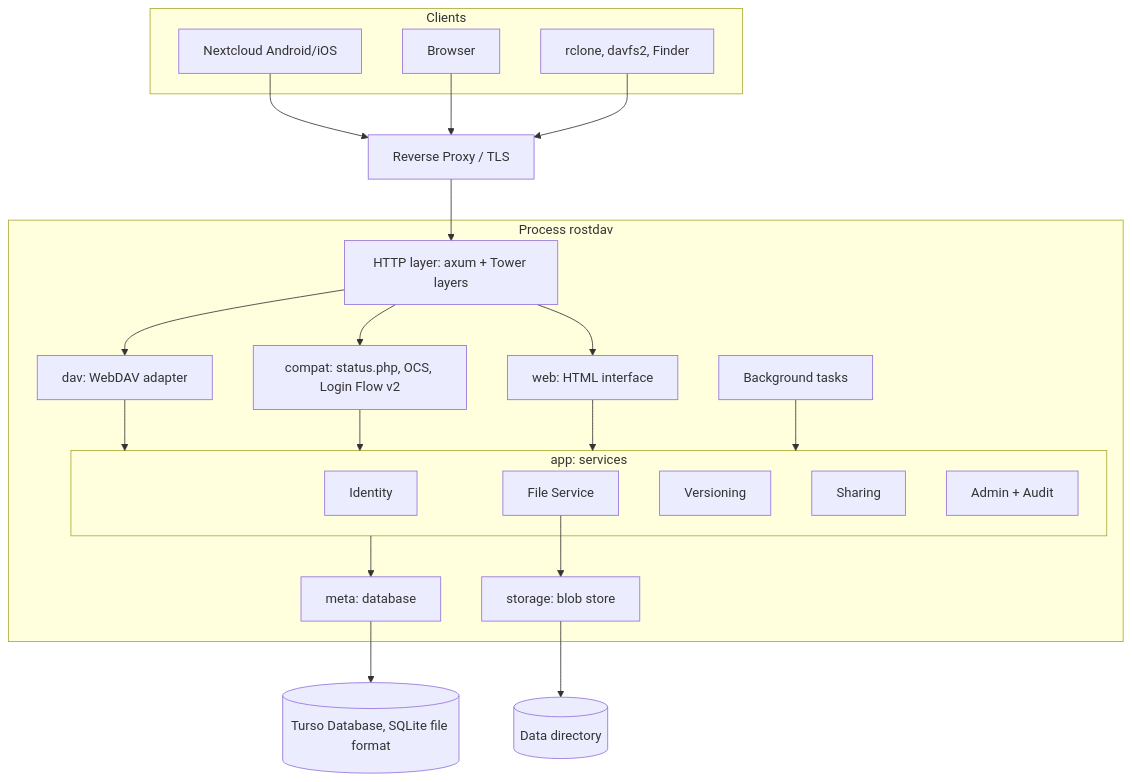
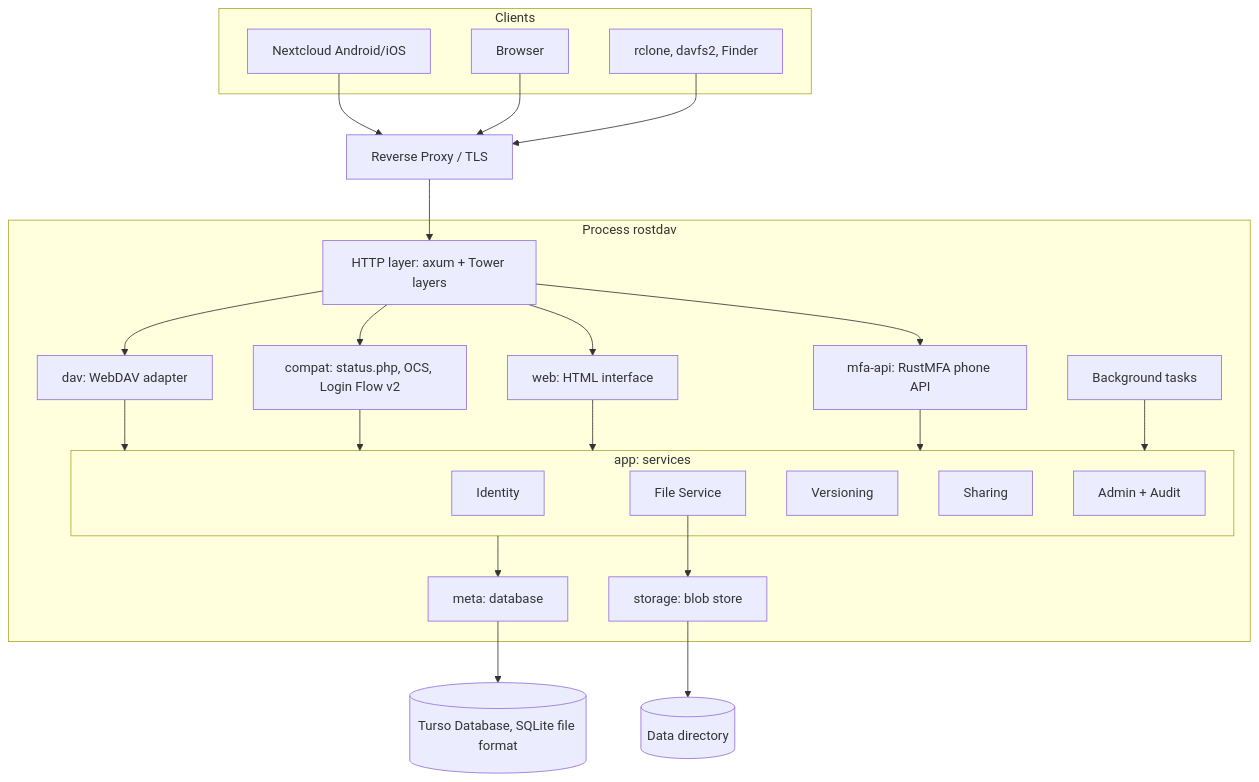
The diagram in docs/architecture.md (pierrejochem/rostdav), drawn with Mermaid before and after one commit. The commit also changed other lines of this file and 18 other files, not shown here.

First line of the commit message:
feat(mfa): device HTTP API

````diff
--- a/docs/architecture.md
+++ b/docs/architecture.md
@@ -9,31 +9,32 @@
 ```mermaid
 flowchart TB
   subgraph Clients
     A[Nextcloud Android/iOS]
     B[Browser]
     C[rclone, davfs2, Finder]
   end
   RP[Reverse Proxy / TLS]
   A & B & C --> RP --> HTTP
 
   subgraph rostdav[Process rostdav]
     HTTP[HTTP layer: axum + Tower layers]
     HTTP --> DAV[dav: WebDAV adapter]
     HTTP --> COMPAT[compat: status.php, OCS, Login Flow v2]
     HTTP --> WEB[web: HTML interface]
-    DAV & COMPAT & WEB --> APP
+    HTTP --> MFAAPI[mfa-api: RustMFA phone API]
+    DAV & COMPAT & WEB & MFAAPI --> APP
 
     subgraph APP[app: services]
       ID[Identity]
       FS[File Service]
       VER[Versioning]
       SH[Sharing]
       ADM[Admin + Audit]
     end
     APP --> META[meta: database]
     FS --> STORE[storage: blob store]
     JOBS[Background tasks] --> APP
   end
   META --> DB[(Turso Database, SQLite file format)]
   STORE --> DISK[(Data directory)]
 ```
````
